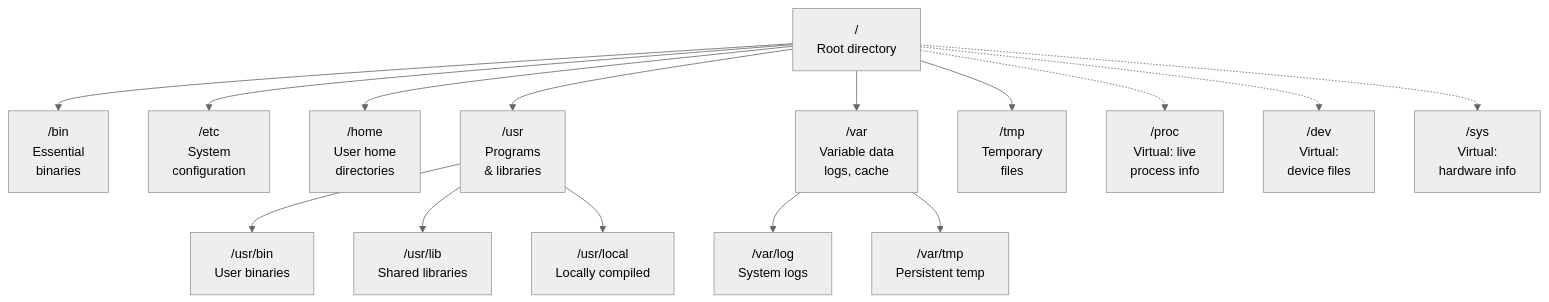
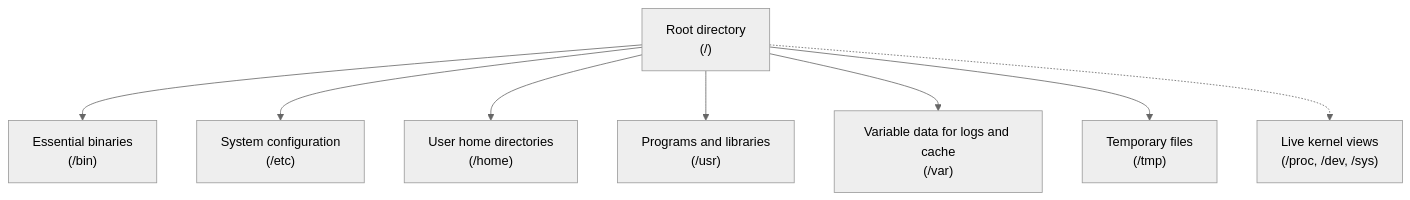
Before and after one commit to senlinyy/dev-roadmaps: the diagram in devops-foundation/linux/linux-basics/filesystem-navigation.md, drawn with Mermaid (neutral theme). The commit also changed 89 other files, not shown here.

````diff
--- a/devops-foundation/linux/linux-basics/filesystem-navigation.md
+++ b/devops-foundation/linux/linux-basics/filesystem-navigation.md
@@ -96,18 +96,11 @@
 ```mermaid
 graph TD
-    ROOT["/\nRoot directory"]
-    ROOT --> BIN["/bin\nEssential\nbinaries"]
-    ROOT --> ETC["/etc\nSystem\nconfiguration"]
-    ROOT --> HOME["/home\nUser home\ndirectories"]
-    ROOT --> USR["/usr\nPrograms\n& libraries"]
-    ROOT --> VAR["/var\nVariable data\nlogs, cache"]
-    ROOT --> TMP["/tmp\nTemporary\nfiles"]
-    USR --> USRBIN["/usr/bin\nUser binaries"]
-    USR --> USRLIB["/usr/lib\nShared libraries"]
-    USR --> USRLOCAL["/usr/local\nLocally compiled"]
-    VAR --> VARLOG["/var/log\nSystem logs"]
-    VAR --> VARTMP["/var/tmp\nPersistent temp"]
-    ROOT -.-> PROC["/proc\nVirtual: live\nprocess info"]
-    ROOT -.-> DEV["/dev\nVirtual:\ndevice files"]
-    ROOT -.-> SYS["/sys\nVirtual:\nhardware info"]
+    ROOT["Root directory<br/>(/)"]
+    ROOT --> BIN["Essential binaries<br/>(/bin)"]
+    ROOT --> ETC["System configuration<br/>(/etc)"]
+    ROOT --> HOME["User home directories<br/>(/home)"]
+    ROOT --> USR["Programs and libraries<br/>(/usr)"]
+    ROOT --> VAR["Variable data for logs and cache<br/>(/var)"]
+    ROOT --> TMP["Temporary files<br/>(/tmp)"]
+    ROOT -.-> VIRTUAL["Live kernel views<br/>(/proc, /dev, /sys)"]
 ```
````
